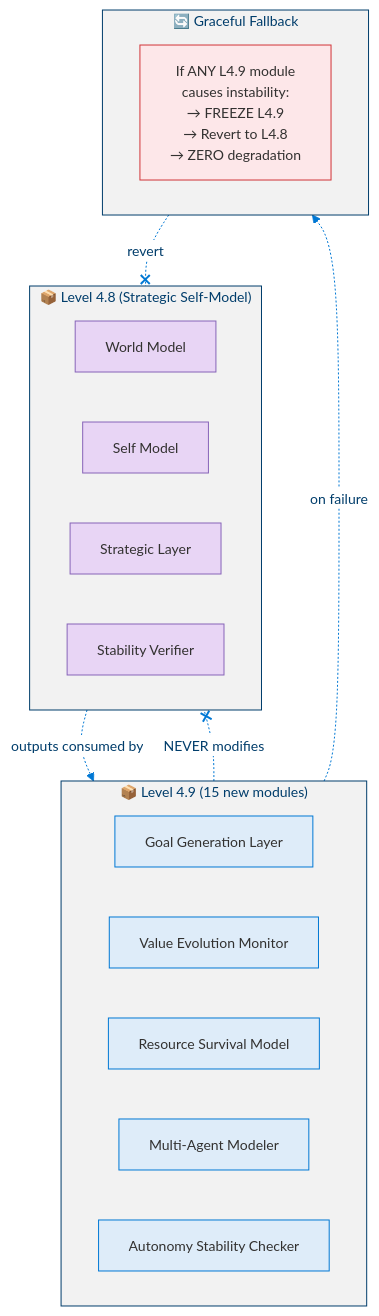
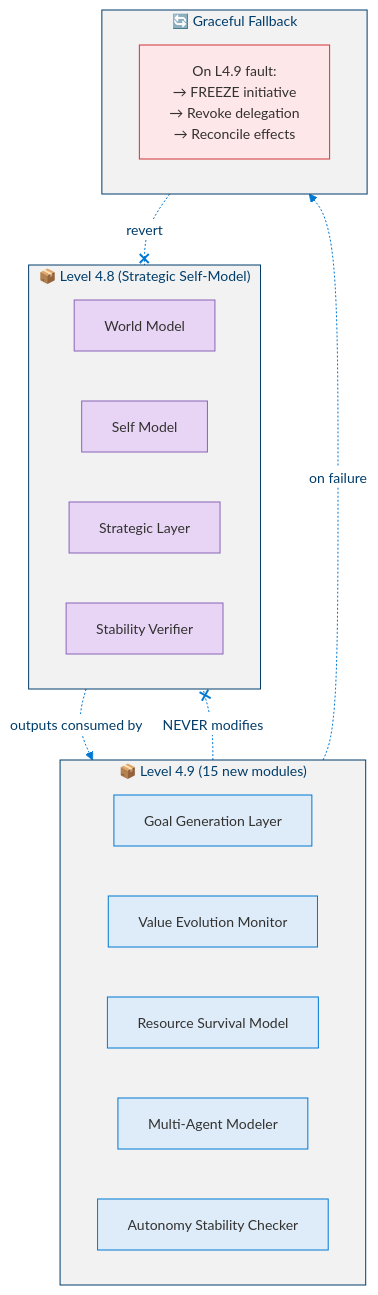
Before and after one commit to dotnetpower/mscp: the second of 19 diagrams in docs/levels/Level_4_9_Autonomous_Strategic_Agent.md, drawn with Mermaid. The commit also changed other lines of this file and 21 other files, not shown here.

````diff
--- a/docs/levels/Level_4_9_Autonomous_Strategic_Agent.md
+++ b/docs/levels/Level_4_9_Autonomous_Strategic_Agent.md
@@ -109,31 +117,31 @@
 ```mermaid
 %%{init: {'theme': 'base', 'themeVariables': {'primaryColor': '#0078D4', 'primaryTextColor': '#003D6B', 'primaryBorderColor': '#003D6B', 'secondaryColor': '#50E6FF', 'secondaryTextColor': '#323130', 'secondaryBorderColor': '#00BCF2', 'tertiaryColor': '#F2F2F2', 'tertiaryTextColor': '#323130', 'lineColor': '#0078D4', 'textColor': '#323130', 'mainBkg': '#DEECF9', 'nodeBorder': '#0078D4', 'clusterBkg': '#F2F2F2', 'clusterBorder': '#003D6B', 'titleColor': '#003D6B', 'edgeLabelBackground': '#FFFFFF', 'fontSize': '14px'}}}%%
 flowchart TD
   classDef l48 fill:#E8D5F5,stroke:#8764B8,color:#323130
   classDef l49 fill:#DEECF9,stroke:#0078D4,color:#323130
   classDef danger fill:#FDE7E9,stroke:#D13438,color:#323130
 
   subgraph L48["📦 Level 4.8 (Strategic Self-Model)"]
     WM["World Model"]:::l48
     SM["Self Model"]:::l48
     SL["Strategic Layer"]:::l48
     SV["Stability Verifier"]:::l48
   end
 
   subgraph L49["📦 Level 4.9 (15 new modules)"]
     GGL["Goal Generation Layer"]:::l49
     VEM["Value Evolution Monitor"]:::l49
     RSM["Resource Survival Model"]:::l49
     MAM["Multi-Agent Modeler"]:::l49
     ASC["Autonomy Stability Checker"]:::l49
   end
 
   subgraph Fallback["🔄 Graceful Fallback"]
-    FB["If ANY L4.9 module<br/>causes instability:<br/>→ FREEZE L4.9<br/>→ Revert to L4.8<br/>→ ZERO degradation"]:::danger
+    FB["On L4.9 fault:<br/>→ FREEZE initiative<br/>→ Revoke delegation<br/>→ Reconcile effects"]:::danger
   end
 
   L48 -.->|"outputs consumed by"| L49
   L49 -.-x|"NEVER modifies"| L48
   L49 -.->|"on failure"| Fallback
   Fallback -.-x|"revert"| L48
 ```
````
